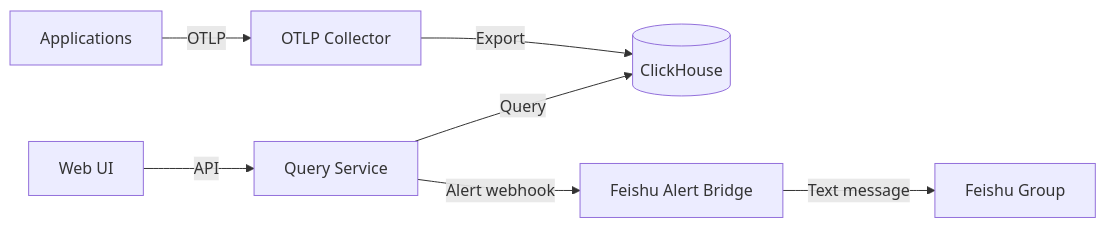
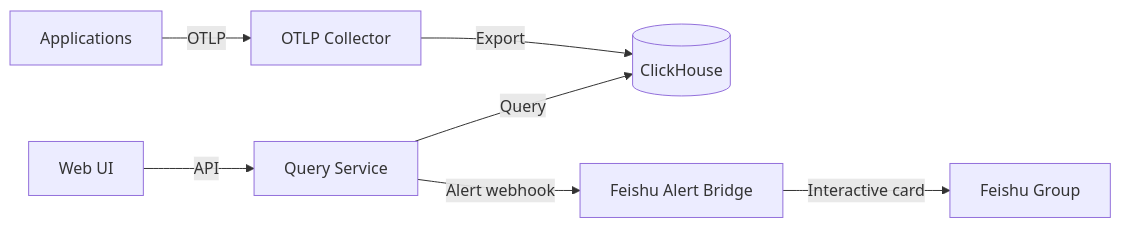
One commit to wangzitian0/infra2 changed the diagram in docs/ssot/ops.observability.md. Above: the diagram before and after it, drawn with Mermaid. The commit also changed other lines of this file and 3 other files, not shown here.

````diff
--- a/docs/ssot/ops.observability.md
+++ b/docs/ssot/ops.observability.md
@@ -112,9 +146,9 @@
 ```mermaid
 graph LR
     Apps[Applications] -->|OTLP| Collector[OTLP Collector]
     Collector -->|Export| ClickHouse[(ClickHouse)]
     QueryService[Query Service] -->|Query| ClickHouse
     Frontend[Web UI] -->|API| QueryService
     QueryService -->|Alert webhook| Alerting[Feishu Alert Bridge]
-    Alerting -->|Text message| Feishu[Feishu Group]
+    Alerting -->|Interactive card| Feishu[Feishu Group]
 ```
````
